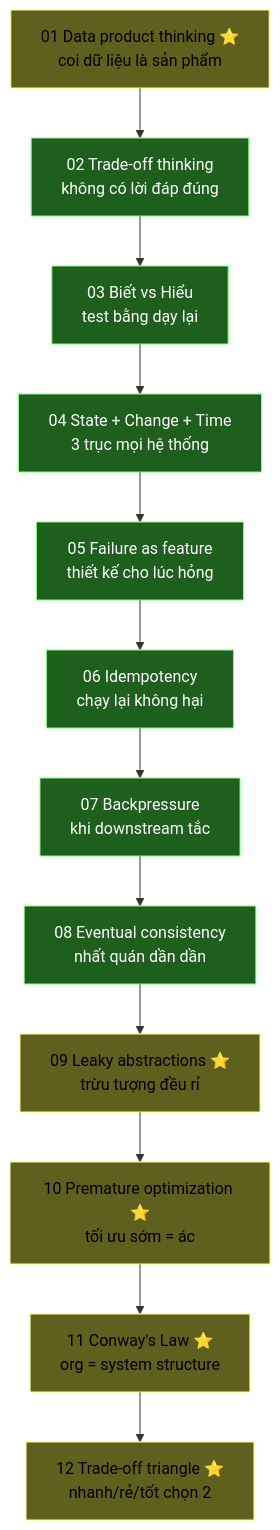
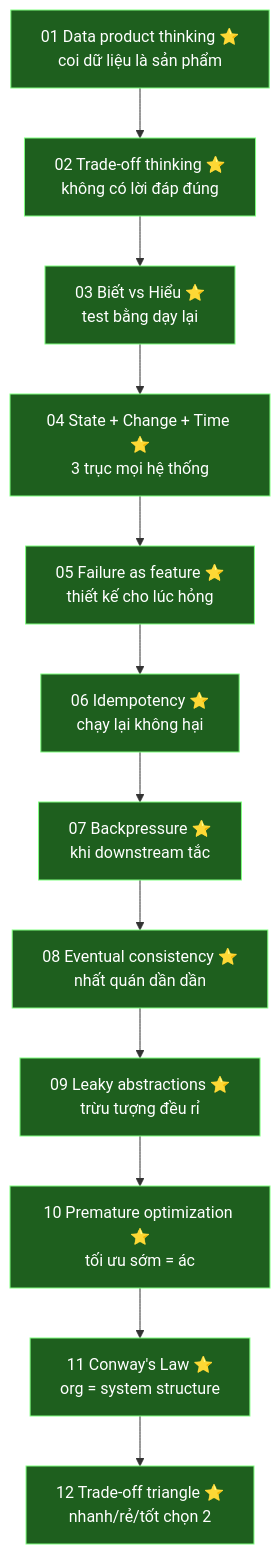
Before and after one commit to ankinguyen-engineer-2002/realtime-data-ai-platform-digital-twin: the diagram in learning/00-mental-models/README.md, drawn with Mermaid. The commit also changed other lines of this file and 3 other files, not shown here.

````diff
--- a/learning/00-mental-models/README.md
+++ b/learning/00-mental-models/README.md
@@ -24,23 +29,20 @@
 ```mermaid
 flowchart TD
     classDef done fill:#1e5f1e,stroke:#7fff7f,color:#fff
-    classDef v2 fill:#5f5f1e,stroke:#ffff7f,color:#000
 
-    K1["01 Data product thinking ⭐<br/>coi dữ liệu là sản phẩm"]:::v2
-    K2["02 Trade-off thinking<br/>không có lời đáp đúng"]:::done
-    K3["03 Biết vs Hiểu<br/>test bằng dạy lại"]:::done
-    K4["04 State + Change + Time<br/>3 trục mọi hệ thống"]:::done
-    K5["05 Failure as feature<br/>thiết kế cho lúc hỏng"]:::done
-    K6["06 Idempotency<br/>chạy lại không hại"]:::done
-    K7["07 Backpressure<br/>khi downstream tắc"]:::done
-    K8["08 Eventual consistency<br/>nhất quán dần dần"]:::done
-    K9["09 Leaky abstractions ⭐<br/>trừu tượng đều rỉ"]:::v2
-    K10["10 Premature optimization ⭐<br/>tối ưu sớm = ác"]:::v2
-    K11["11 Conway's Law ⭐<br/>org = system structure"]:::v2
-    K12["12 Trade-off triangle ⭐<br/>nhanh/rẻ/tốt chọn 2"]:::v2
+    K1["01 Data product thinking ⭐<br/>coi dữ liệu là sản phẩm"]:::done
+    K2["02 Trade-off thinking ⭐<br/>không có lời đáp đúng"]:::done
+    K3["03 Biết vs Hiểu ⭐<br/>test bằng dạy lại"]:::done
+    K4["04 State + Change + Time ⭐<br/>3 trục mọi hệ thống"]:::done
+    K5["05 Failure as feature ⭐<br/>thiết kế cho lúc hỏng"]:::done
+    K6["06 Idempotency ⭐<br/>chạy lại không hại"]:::done
+    K7["07 Backpressure ⭐<br/>khi downstream tắc"]:::done
+    K8["08 Eventual consistency ⭐<br/>nhất quán dần dần"]:::done
+    K9["09 Leaky abstractions ⭐<br/>trừu tượng đều rỉ"]:::done
+    K10["10 Premature optimization ⭐<br/>tối ưu sớm = ác"]:::done
+    K11["11 Conway's Law ⭐<br/>org = system structure"]:::done
+    K12["12 Trade-off triangle ⭐<br/>nhanh/rẻ/tốt chọn 2"]:::done
 
     K1 --> K2 --> K3 --> K4 --> K5 --> K6 --> K7 --> K8
     K8 --> K9 --> K10 --> K11 --> K12
-
-    classDef legend fill:#3a3a3a,color:#fff
 ```
````
